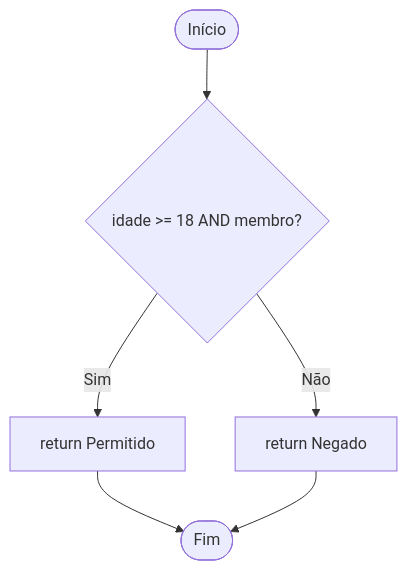
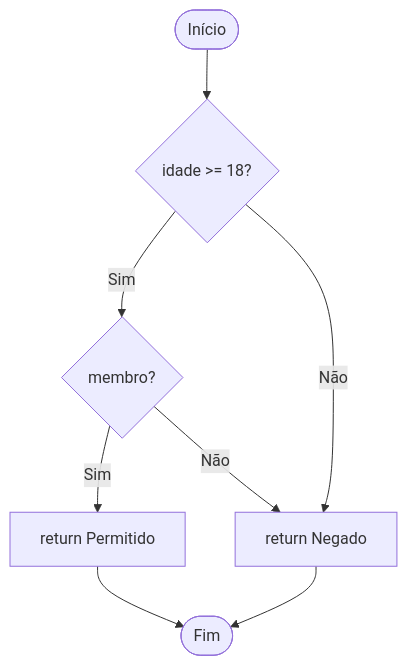
One commit to BrunoBassoo/testes_software changed the diagram in lab4/exercicio3/respostas.md. Above: the diagram before and after it, drawn with Mermaid. The commit also changed other lines of this file, not shown here.

````diff
--- a/lab4/exercicio3/respostas.md
+++ b/lab4/exercicio3/respostas.md
@@ -10,15 +10,21 @@
 ```mermaid
 flowchart TD
 
 A([Início])
-B{"idade >= 18 AND membro?"}
-C["return Permitido"]
-D["return Negado"]
-E([Fim])
+B{"idade >= 18?"}
+C{"membro?"}
+D["return Permitido"]
+E["return Negado"]
+F([Fim])
 
 A --> B
+
 B -- Sim --> C
-B -- Não --> D
-C --> E
-D --> E
+B -- Não --> E
+
+C -- Sim --> D
+C -- Não --> E
+
+D --> F
+E --> F
 ```
````
